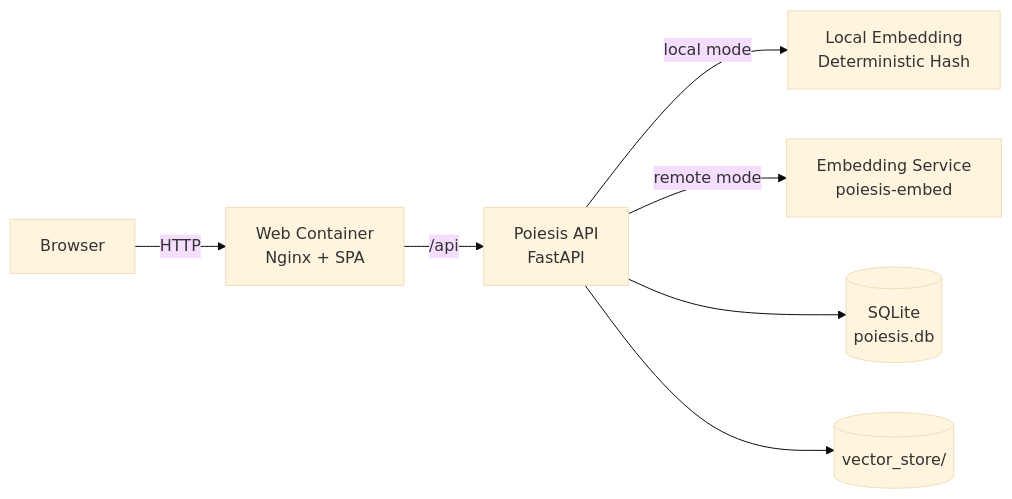
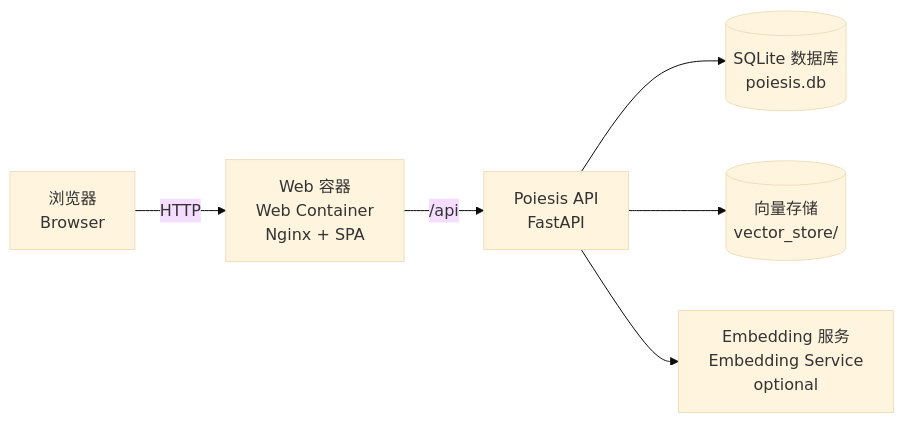
The first of 2 diagrams in README.md (djmacdtr/Poiesis), drawn with Mermaid (base theme) before and after one commit. The commit also changed other lines of this file and 99 other files, not shown here.

````diff
--- a/README.md
+++ b/README.md
@@ -55,17 +53,15 @@
 ```mermaid
 flowchart LR
-  U[Browser]
-  W[Web Container\nNginx + SPA]
-  A[Poiesis API\nFastAPI]
-  EL[Local Embedding\nDeterministic Hash]
-  ER[Embedding Service\npoiesis-embed]
-  DB[(SQLite\npoiesis.db)]
-  VS[(vector_store/)]
+  U[浏览器<br/>Browser]
+  W[Web 容器<br/>Web Container<br/>Nginx + SPA]
+  A[Poiesis API<br/>FastAPI]
+  DB[(SQLite 数据库<br/>poiesis.db)]
+  VS[(向量存储<br/>vector_store/)]
+  ER[Embedding 服务<br/>Embedding Service<br/>optional]
 
   U -->|HTTP| W
   W -->|/api| A
-  A -->|local mode| EL
-  A -->|remote mode| ER
   A --> DB
   A --> VS
+  A --> ER
 ```
````
